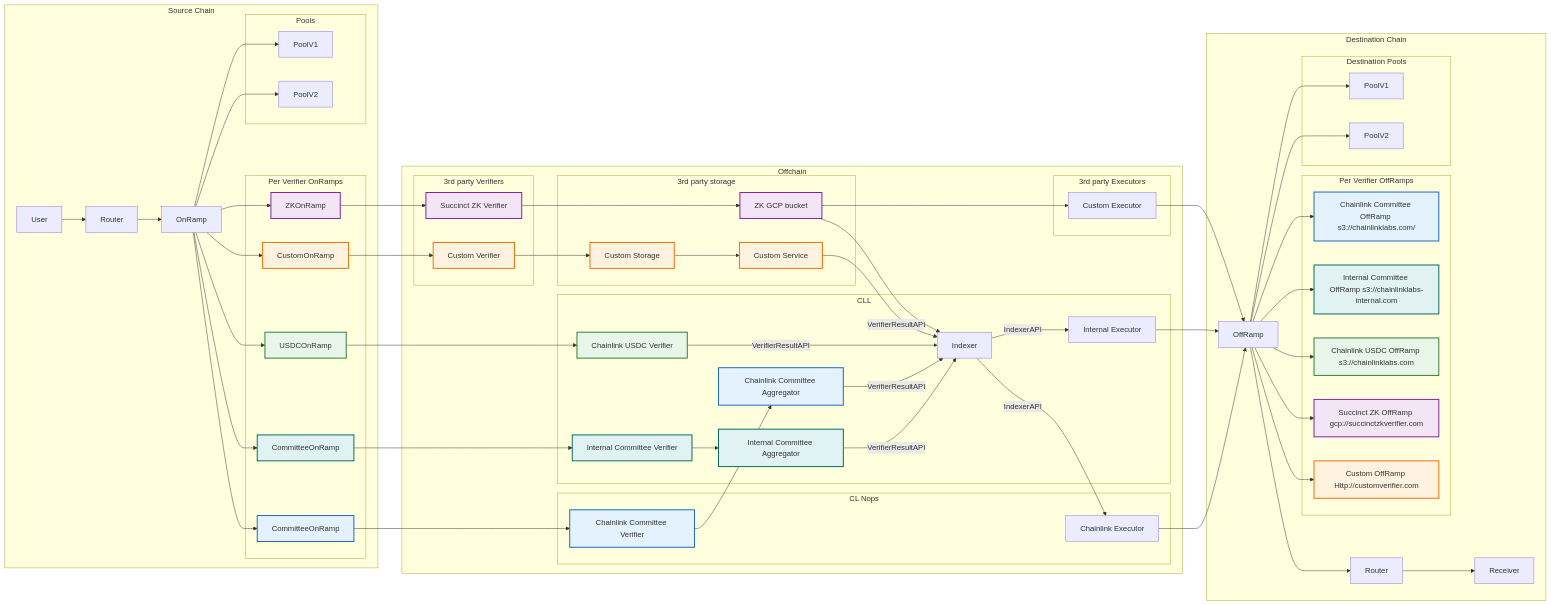
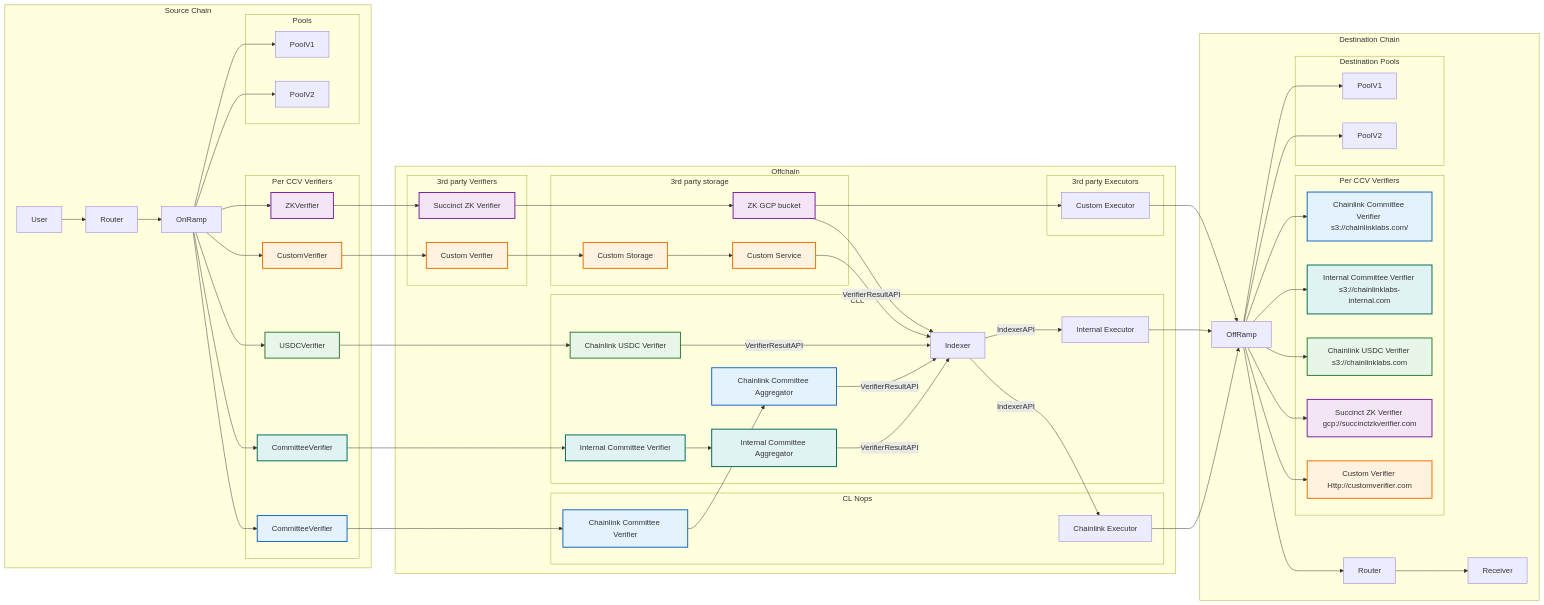
Before and after one commit to smartcontractkit/chainlink-ccv: the diagram in README.md, drawn with Mermaid. The commit also changed other lines of this file, not shown here.

Commit message:
update with new naming

```diff
--- a/README.md
+++ b/README.md
@@ -56,12 +53,12 @@
         RouterSrc["Router"]
         OnRamp["OnRamp"]
         
-        subgraph "Per Verifier OnRamps"
-            InternalOnRamp["CommitteeOnRamp"]
-            ChainlinkOnRamp["CommitteeOnRamp"]
-            USDCOnRamp["USDCOnRamp"]
-            ZKOnRamp["ZKOnRamp"]
-            CustomOnRamp["CustomOnRamp"]
+        subgraph "Per CCV Verifiers"
+            InternalOnRamp["CommitteeVerifier"]
+            ChainlinkOnRamp["CommitteeVerifier"]
+            USDCOnRamp["USDCVerifier"]
+            ZKOnRamp["ZKVerifier"]
+            CustomOnRamp["CustomVerifier"]
         end
         
         
@@ -106,12 +103,12 @@
         OffRamp["OffRamp"]
         Receiver["Receiver"]
         
-        subgraph "Per Verifier OffRamps"
-            ChainlinkOffRamp["Chainlink Committee OffRamp s3://chainlinklabs.com/"]
-            InternalOffRamp["Internal Committee OffRamp s3://chainlinklabs-internal.com"]
-            USDCOffRamp["Chainlink USDC OffRamp s3://chainlinklabs.com"]
-            ZKOffRamp["Succinct ZK OffRamp gcp://succinctzkverifier.com"]
-            CustomOffRamp["Custom OffRamp Http://customverifier.com"]
+        subgraph "Per CCV Verifiers"
+            ChainlinkOffRamp["Chainlink Committee Verifier s3://chainlinklabs.com/"]
+            InternalOffRamp["Internal Committee Verifier s3://chainlinklabs-internal.com"]
+            USDCOffRamp["Chainlink USDC Verifier s3://chainlinklabs.com"]
+            ZKOffRamp["Succinct ZK Verifier gcp://succinctzkverifier.com"]
+            CustomOffRamp["Custom Verifier Http://customverifier.com"]
         end
         
         subgraph "Destination Pools"
```
